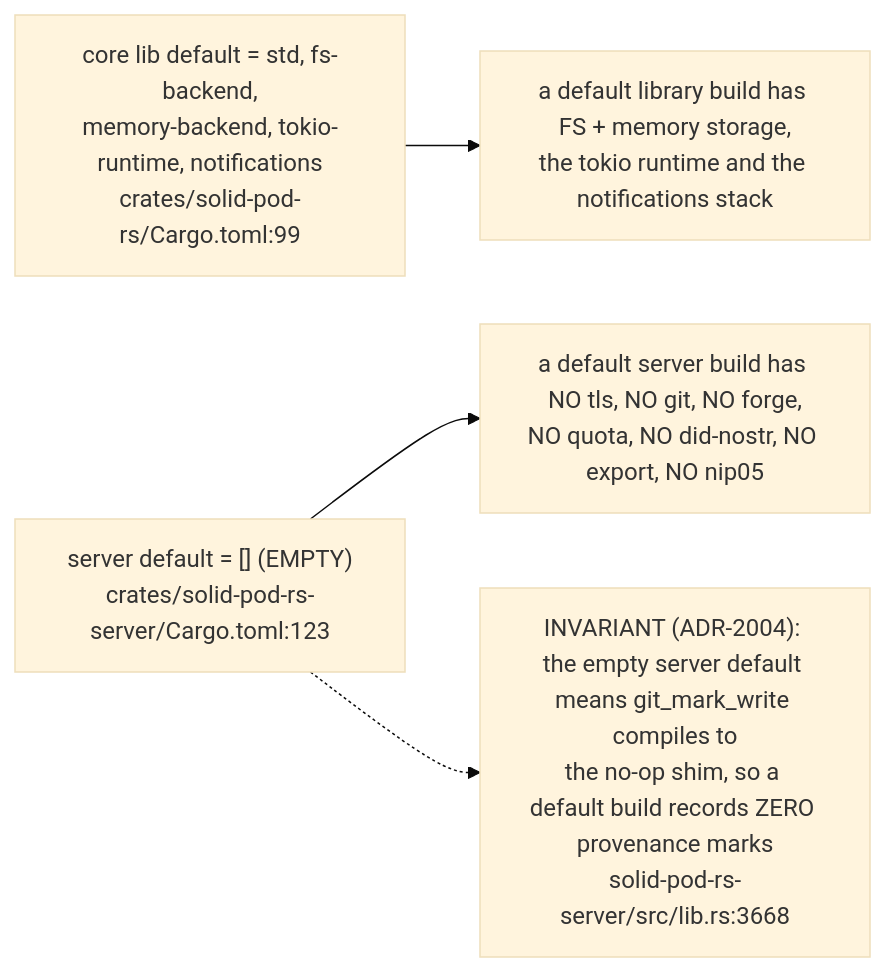
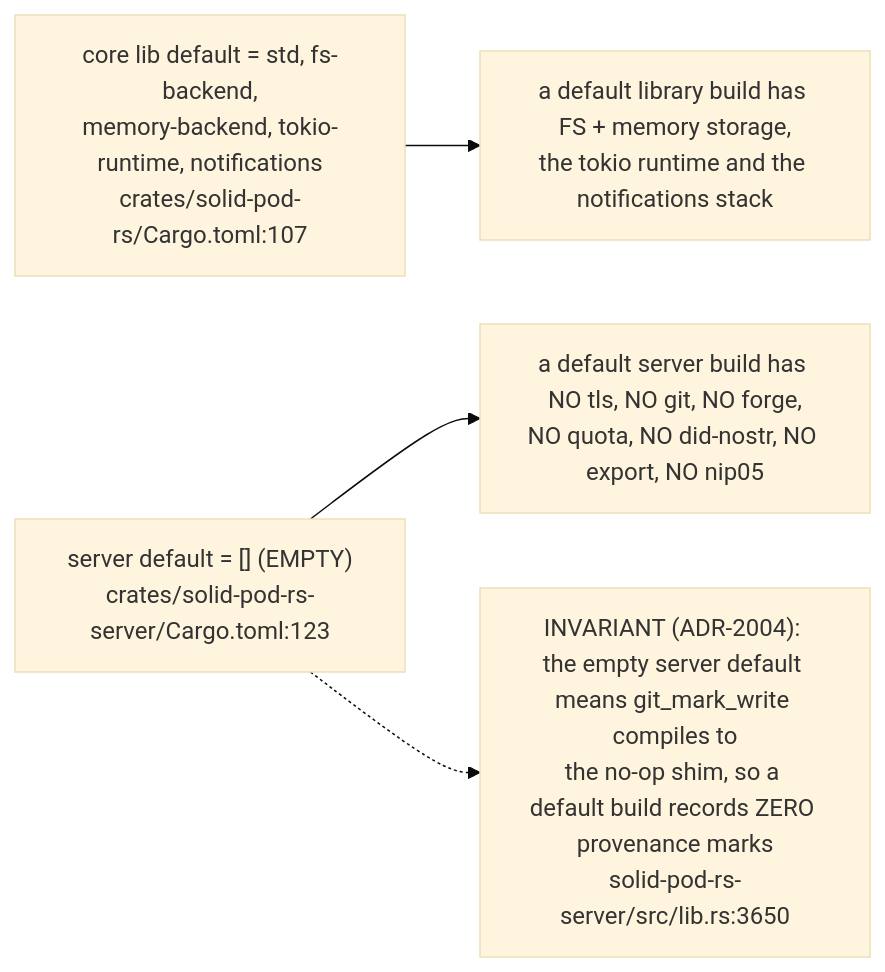
One commit to DreamLab-AI/VisionFlow changed the sixth of 12 diagrams in docs/diagrams/solid-pod-rs/01-workspace-composition.md. Above: the diagram before and after it, drawn with Mermaid (base theme). The commit also changed other lines of this file and 21 other files, not shown here.

Commit message:
docs(diagrams): refresh first verified estate batch

````diff
--- a/docs/diagrams/solid-pod-rs/01-workspace-composition.md
+++ b/docs/diagrams/solid-pod-rs/01-workspace-composition.md
@@ -189,11 +189,11 @@
 ```mermaid
 flowchart LR
-    LIBD["core lib default = std, fs-backend,<br/>memory-backend, tokio-runtime, notifications<br/>crates/solid-pod-rs/Cargo.toml:99"]
+    LIBD["core lib default = std, fs-backend,<br/>memory-backend, tokio-runtime, notifications<br/>crates/solid-pod-rs/Cargo.toml:107"]
     SRVD["server default = [] (EMPTY)<br/>crates/solid-pod-rs-server/Cargo.toml:123"]
 
     LIBD --> R1["a default library build has FS + memory storage,<br/>the tokio runtime and the notifications stack"]
     SRVD --> R2["a default server build has NO tls, NO git, NO forge,<br/>NO quota, NO did-nostr, NO export, NO nip05"]
 
-    D1["INVARIANT (ADR-2004): the empty server default means git_mark_write compiles to<br/>the no-op shim, so a default build records ZERO provenance marks<br/>solid-pod-rs-server/src/lib.rs:3668"]
+    D1["INVARIANT (ADR-2004): the empty server default means git_mark_write compiles to<br/>the no-op shim, so a default build records ZERO provenance marks<br/>solid-pod-rs-server/src/lib.rs:3650"]
     SRVD -.-> D1
 ```
````
